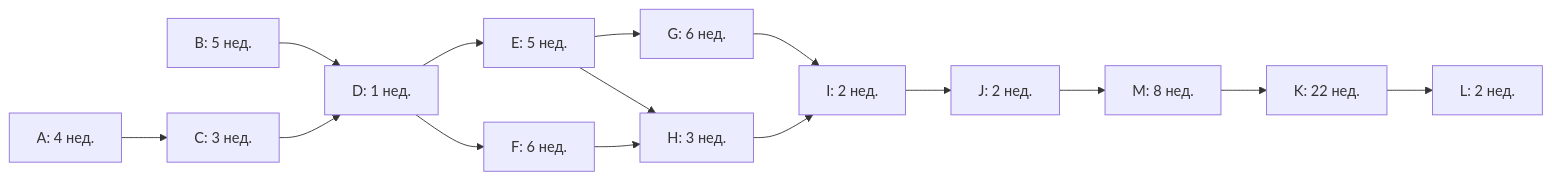
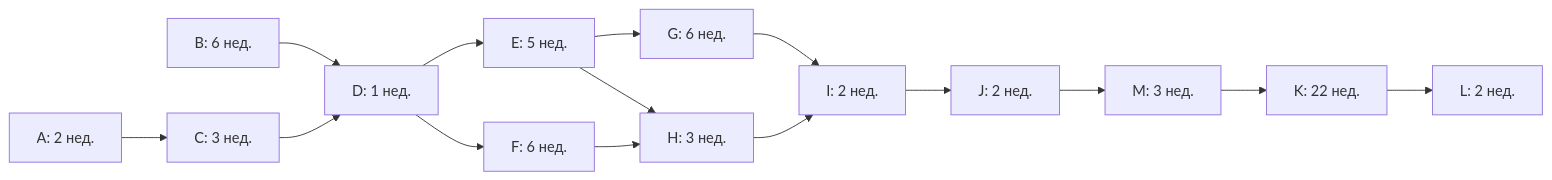
One commit to lalka1231/spareforge-business-plan changed the second of 2 diagrams in docs/FINAL_BUSINESS_PLAN.md. Above: the diagram before and after it, drawn with Mermaid. The commit also changed other lines of this file and 21 other files, not shown here.

````diff
--- a/docs/FINAL_BUSINESS_PLAN.md
+++ b/docs/FINAL_BUSINESS_PLAN.md
@@ -407,30 +392,30 @@
 ```mermaid
 flowchart LR
-    A["A: 4 нед."]
-    B["B: 5 нед."]
+    A["A: 2 нед."]
+    B["B: 6 нед."]
     C["C: 3 нед."]
     A --> C
     D["D: 1 нед."]
     B --> D
     C --> D
     E["E: 5 нед."]
     D --> E
     F["F: 6 нед."]
     D --> F
     G["G: 6 нед."]
     E --> G
     H["H: 3 нед."]
     E --> H
     F --> H
     I["I: 2 нед."]
     G --> I
     H --> I
     J["J: 2 нед."]
     I --> J
-    M["M: 8 нед."]
+    M["M: 3 нед."]
     J --> M
     K["K: 22 нед."]
     M --> K
     L["L: 2 нед."]
     K --> L
 ```
````
